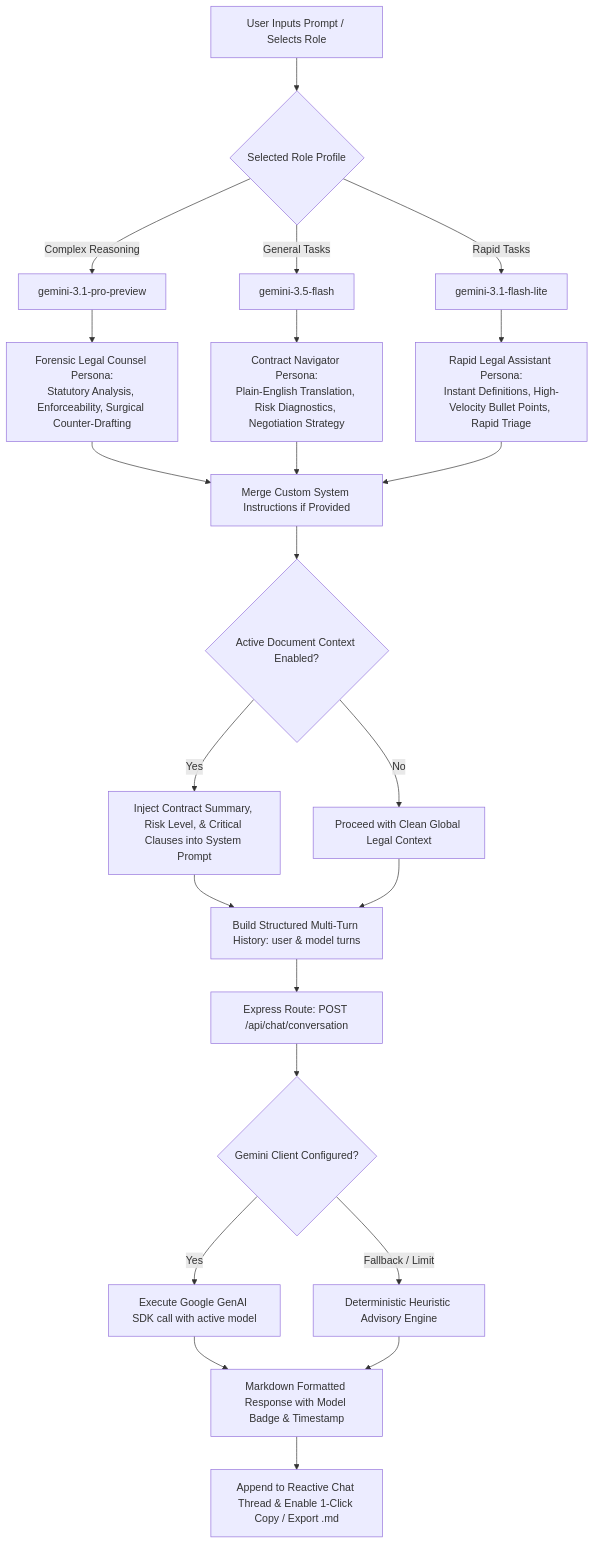
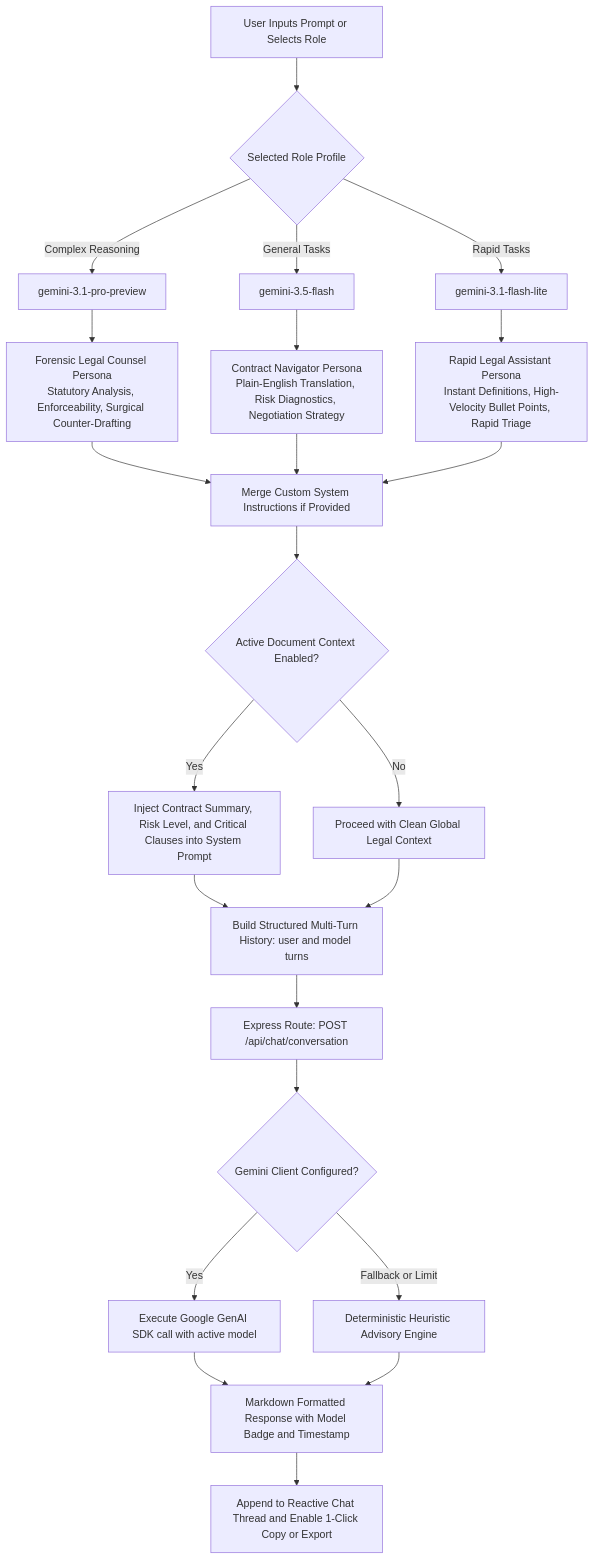
One commit to RiyanshiVerma-11/ClarifyLegal changed the third of 10 diagrams in README.md. Above: the diagram before and after it, drawn with Mermaid. The commit also changed other lines of this file, not shown here.

First line of the commit message:
docs: update architecture diagram in README

````diff
--- a/README.md
+++ b/README.md
@@ -177,33 +176,33 @@
 ```mermaid
 flowchart TD
-    A[User Inputs Prompt / Selects Role] --> B{Selected Role Profile}
+    A[User Inputs Prompt or Selects Role] --> B{Selected Role Profile}
 
     B -->|Complex Reasoning| C[gemini-3.1-pro-preview]
     B -->|General Tasks| D[gemini-3.5-flash]
     B -->|Rapid Tasks| E[gemini-3.1-flash-lite]
 
-    C --> F[Forensic Legal Counsel Persona:\nStatutory Analysis, Enforceability, Surgical Counter-Drafting]
-    D --> G[Contract Navigator Persona:\nPlain-English Translation, Risk Diagnostics, Negotiation Strategy]
-    E --> H[Rapid Legal Assistant Persona:\nInstant Definitions, High-Velocity Bullet Points, Rapid Triage]
+    C --> F["Forensic Legal Counsel Persona<br/>Statutory Analysis, Enforceability, Surgical Counter-Drafting"]
+    D --> G["Contract Navigator Persona<br/>Plain-English Translation, Risk Diagnostics, Negotiation Strategy"]
+    E --> H["Rapid Legal Assistant Persona<br/>Instant Definitions, High-Velocity Bullet Points, Rapid Triage"]
 
     F --> I[Merge Custom System Instructions if Provided]
     G --> I
     H --> I
 
     I --> J{Active Document Context Enabled?}
-    J -->|Yes| K[Inject Contract Summary, Risk Level, & Critical Clauses into System Prompt]
+    J -->|Yes| K[Inject Contract Summary, Risk Level, and Critical Clauses into System Prompt]
     J -->|No| L[Proceed with Clean Global Legal Context]
 
-    K --> M[Build Structured Multi-Turn History: user & model turns]
+    K --> M[Build Structured Multi-Turn History: user and model turns]
     L --> M
 
     M --> N[Express Route: POST /api/chat/conversation]
     N --> O{Gemini Client Configured?}
     
     O -->|Yes| P[Execute Google GenAI SDK call with active model]
-    O -->|Fallback / Limit| Q[Deterministic Heuristic Advisory Engine]
+    O -->|Fallback or Limit| Q[Deterministic Heuristic Advisory Engine]
 
-    P --> R[Markdown Formatted Response with Model Badge & Timestamp]
+    P --> R[Markdown Formatted Response with Model Badge and Timestamp]
     Q --> R
-    R --> S[Append to Reactive Chat Thread & Enable 1-Click Copy / Export .md]
+    R --> S[Append to Reactive Chat Thread and Enable 1-Click Copy or Export]
 ```
````
